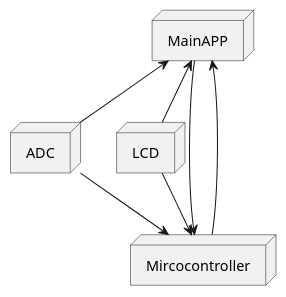
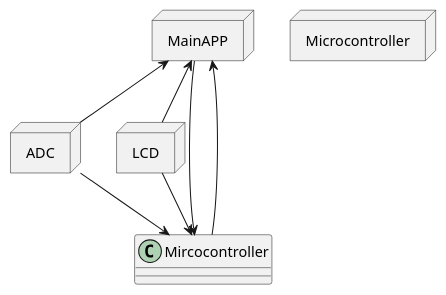
The diagram in project_design_tpl_2.md (zeinaa19/embeded-assesment-2), drawn with PlantUML before and after one commit. The commit also changed other lines of this file, not shown here.

````diff
--- a/project_design_tpl_2.md
+++ b/project_design_tpl_2.md
@@ -32,20 +32,20 @@
 ```plantuml
 @startuml
 node "MainAPP" {   
 }
 node "ADC"{
 }
 node "LCD"{
 }
-node "Mircocontroller"{
+node "Microcontroller"{
 }
 
 MainAPP --> Mircocontroller
 MainAPP <-- LCD
 MainAPP <-- ADC
 LCD --> Mircocontroller
 ADC --> Mircocontroller
 MainAPP <-- Mircocontroller
 @enduml
 
 ```
````
